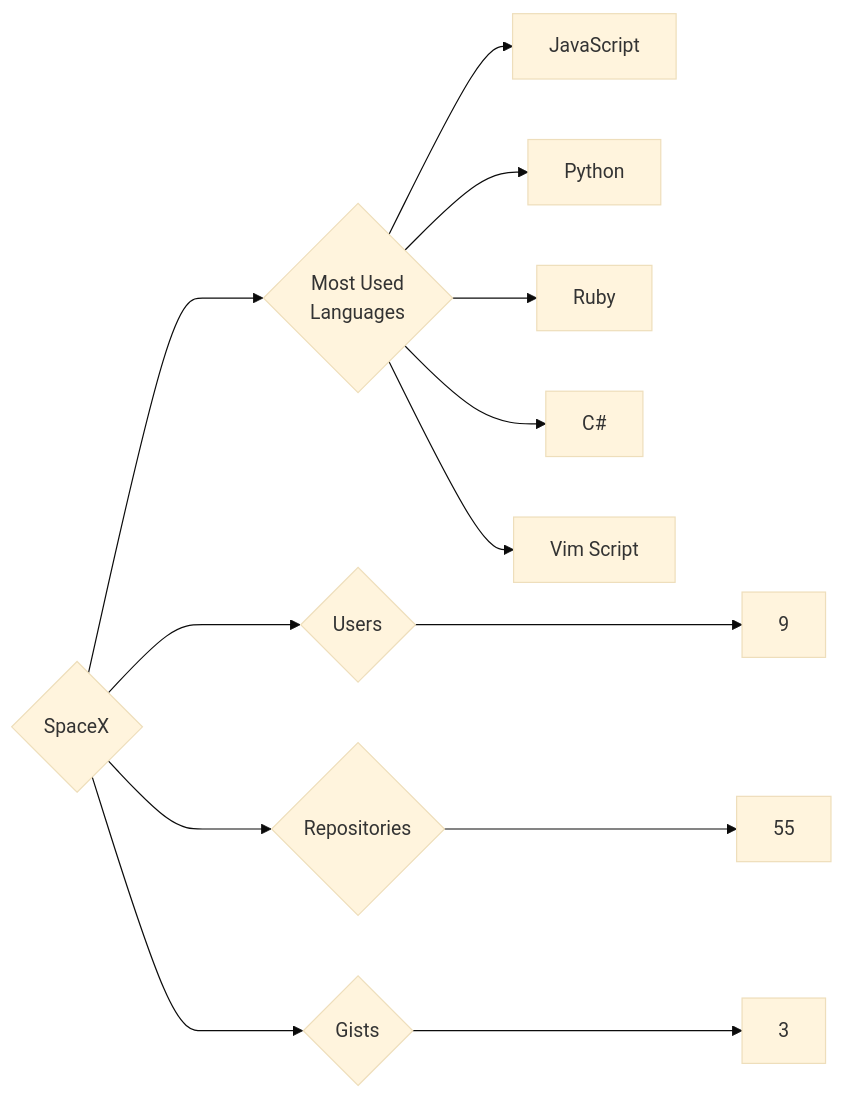
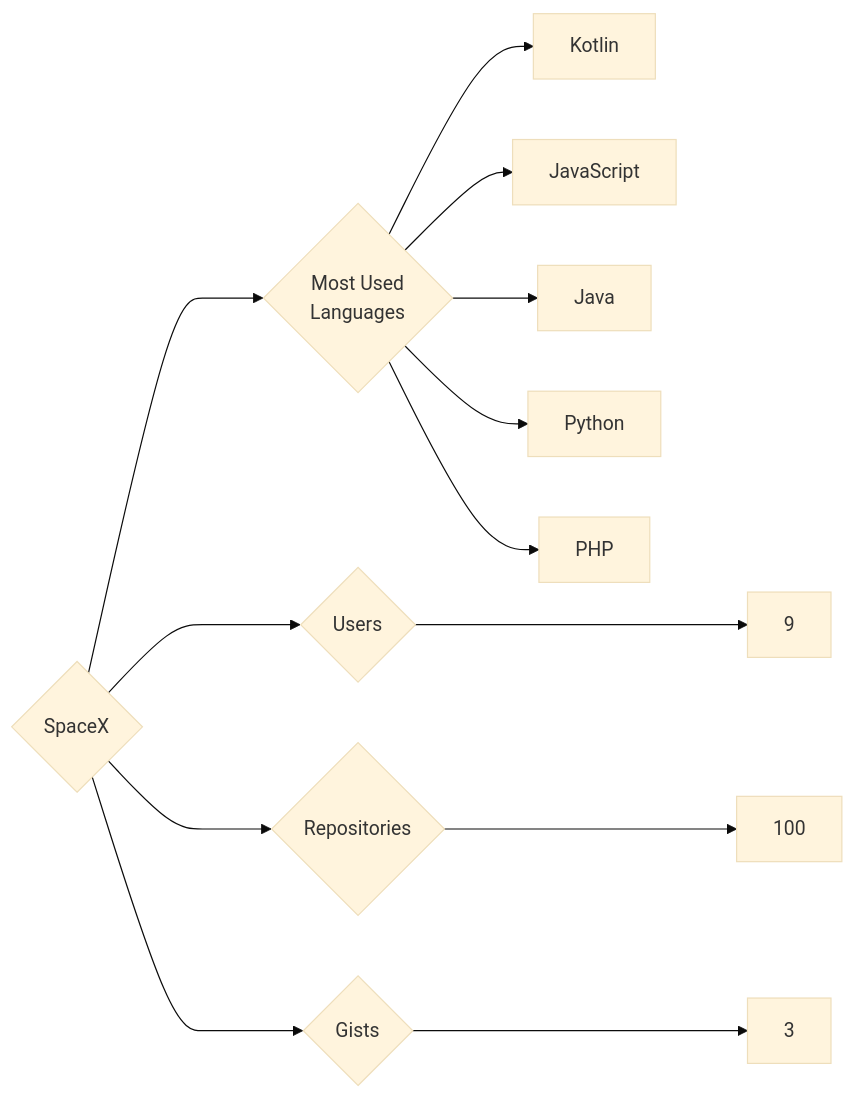
The diagram in targets/SpaceX/README.md (trickest/insiders), drawn with Mermaid (base theme) before and after one commit. The commit also changed 1389 other files, not shown here.

````diff
--- a/targets/SpaceX/README.md
+++ b/targets/SpaceX/README.md
@@ -3,13 +3,13 @@
 ```mermaid
 graph LR
 COMPANY_NAME{SpaceX}
 COMPANY_NAME ---> U{Users} ---> UN[9]
-COMPANY_NAME ---> R{Repositories} ---> RN[55]
+COMPANY_NAME ---> R{Repositories} ---> RN[100]
 COMPANY_NAME ---> G{Gists} ---> GN[3]
 COMPANY_NAME ---> ML{Most Used<br>Languages}
+ML --> Kotlin[Kotlin]
 ML --> JavaScript[JavaScript]
+ML --> Java[Java]
 ML --> Python[Python]
-ML --> Ruby[Ruby]
-ML --> C#[C#]
-ML --> Vim_Script[Vim Script]
+ML --> PHP[PHP]
 ```
````
